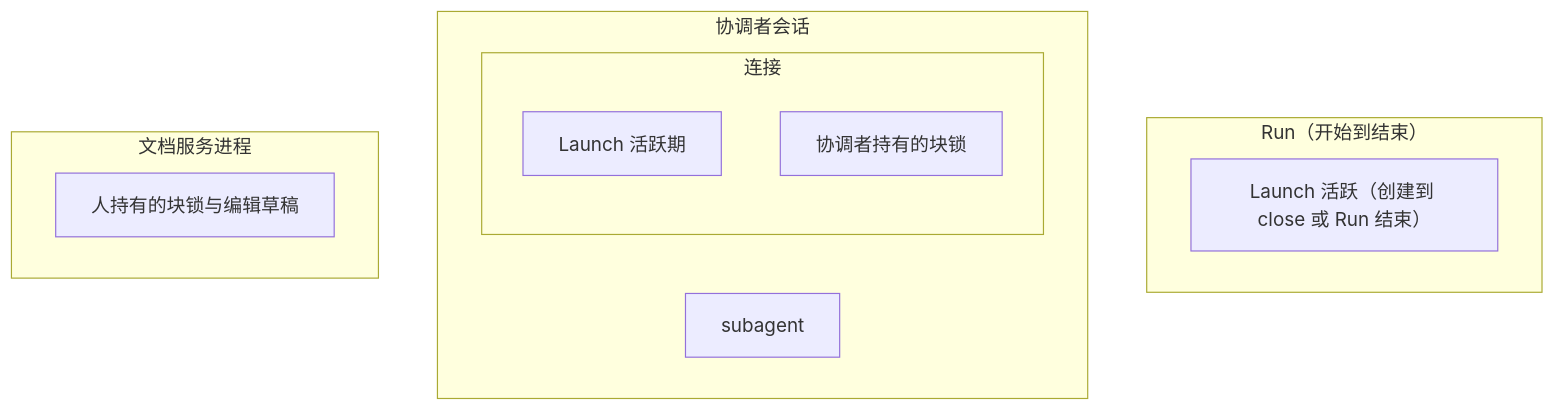
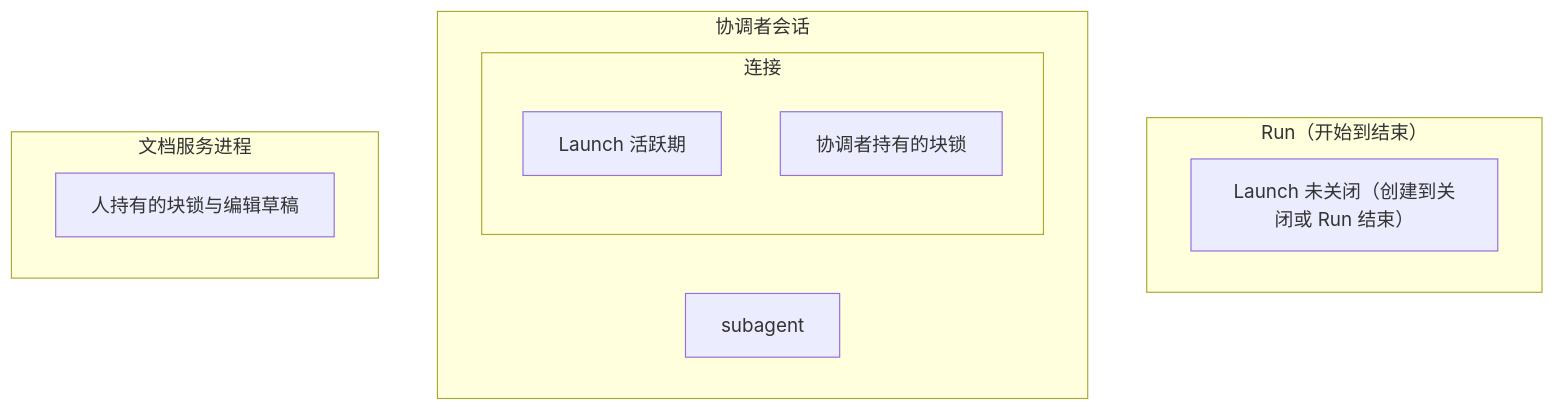
The second of 4 diagrams in design/README.md (mouriya-s-lab/tern-playbooks), drawn with Mermaid before and after one commit. The commit also changed other lines of this file and 3 other files, not shown here.

Commit message:
design: fix re-acceptance findings (result target syntax, S8 rows, inactive Launch close, pending on close, R14 scope)

````diff
--- a/design/README.md
+++ b/design/README.md
@@ -250,16 +252,16 @@
 ```mermaid
 flowchart TB
   subgraph RunLife["Run（开始到结束）"]
-    LaunchLife["Launch 活跃（创建到 close 或 Run 结束）"]
+    LaunchLife["Launch 未关闭（创建到关闭或 Run 结束）"]
   end
   subgraph CoordLife["协调者会话"]
     subgraph Conn["连接"]
       Active["Launch 活跃期"]
       AgentLock["协调者持有的块锁"]
     end
     SubLife["subagent"]
   end
   subgraph DocLife["文档服务进程"]
     HumanLock["人持有的块锁与编辑草稿"]
   end
 ```
````
